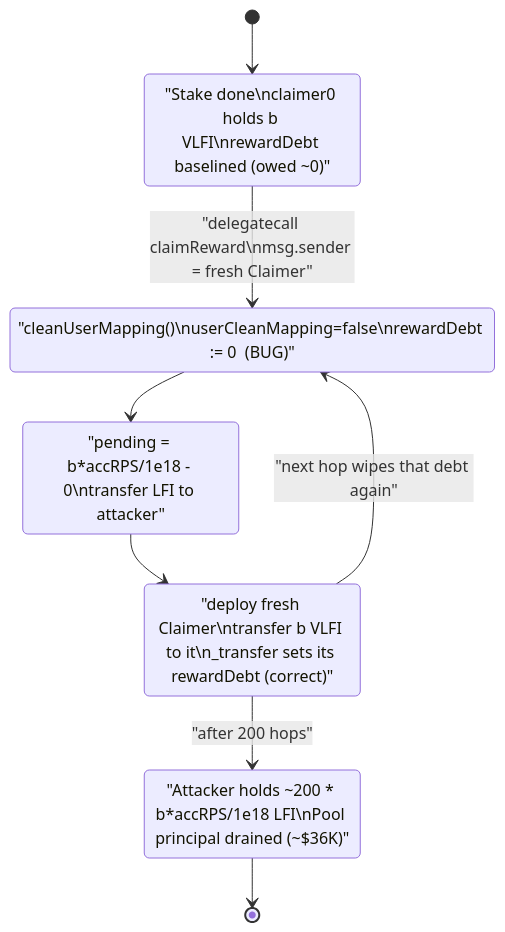
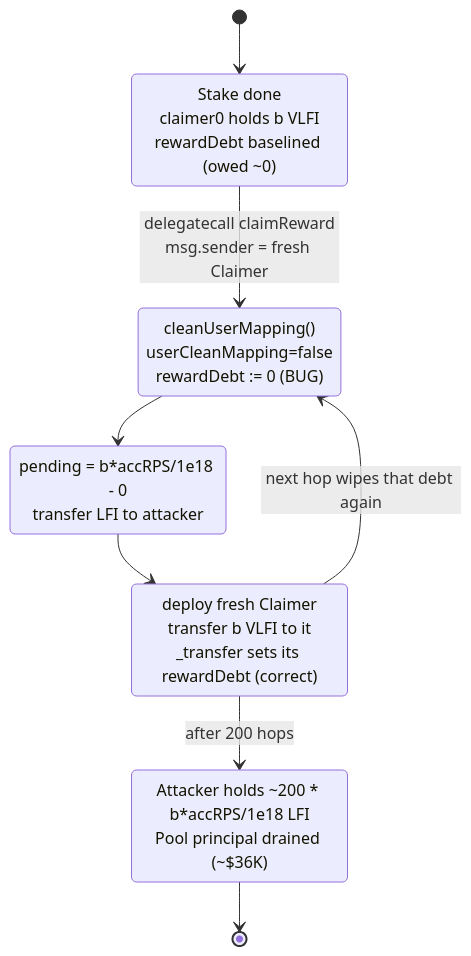
Before and after one commit to sanbir/evm-hack-registry: the second of 3 diagrams in 2023-05-LFI_exp/LFI_exp.md, drawn with Mermaid. The commit also changed 280 other files, not shown here.

Commit message:
mermaid fixes

````diff
--- a/2023-05-LFI_exp/LFI_exp.md
+++ b/2023-05-LFI_exp/LFI_exp.md
@@ -282,20 +282,20 @@
 ```mermaid
 stateDiagram-v2
     [*] --> Staked
-    Staked: "Stake done\nclaimer0 holds b VLFI\nrewardDebt baselined (owed ~0)"
+    Staked: Stake done<br/>claimer0 holds b VLFI<br/>rewardDebt baselined (owed ~0)
 
-    Staked --> ClaimFresh: "delegatecall claimReward\nmsg.sender = fresh Claimer"
+    Staked --> ClaimFresh: delegatecall claimReward<br/>msg.sender = fresh Claimer
 
-    ClaimFresh: "cleanUserMapping()\nuserCleanMapping=false\nrewardDebt := 0  (BUG)"
+    ClaimFresh: cleanUserMapping()<br/>userCleanMapping=false<br/>rewardDebt #58;= 0  (BUG)
     ClaimFresh --> Payout
 
-    Payout: "pending = b*accRPS/1e18 - 0\ntransfer LFI to attacker"
+    Payout: pending = b*accRPS/1e18 - 0<br/>transfer LFI to attacker
     Payout --> MoveBalance
 
-    MoveBalance: "deploy fresh Claimer\ntransfer b VLFI to it\n_transfer sets its rewardDebt (correct)"
-    MoveBalance --> ClaimFresh: "next hop wipes that debt again"
+    MoveBalance: deploy fresh Claimer<br/>transfer b VLFI to it<br/>_transfer sets its rewardDebt (correct)
+    MoveBalance --> ClaimFresh: next hop wipes that debt again
 
-    MoveBalance --> Done: "after 200 hops"
-    Done: "Attacker holds ~200 * b*accRPS/1e18 LFI\nPool principal drained (~$36K)"
+    MoveBalance --> Done: after 200 hops
+    Done: Attacker holds ~200 * b*accRPS/1e18 LFI<br/>Pool principal drained (~$36K)
     Done --> [*]
 ```
````
